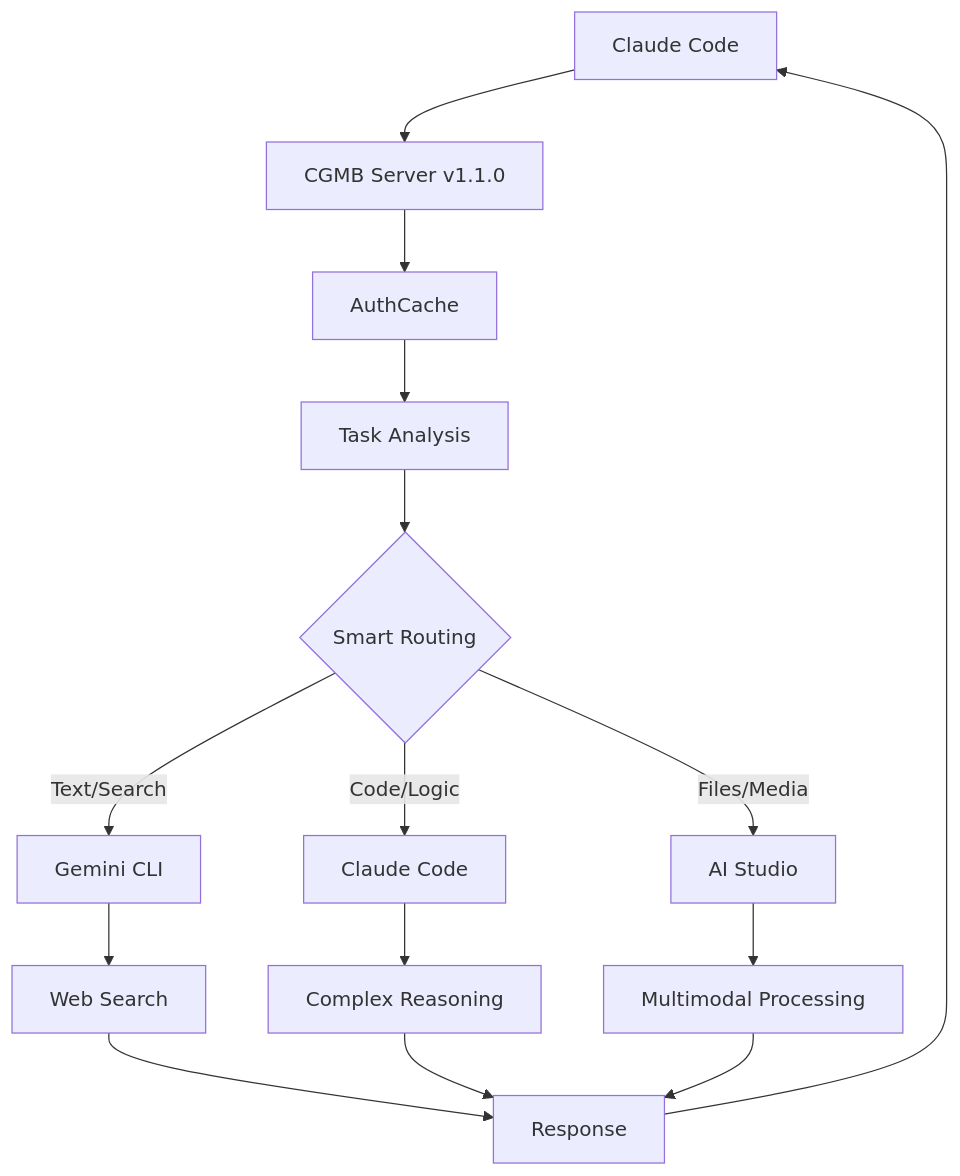
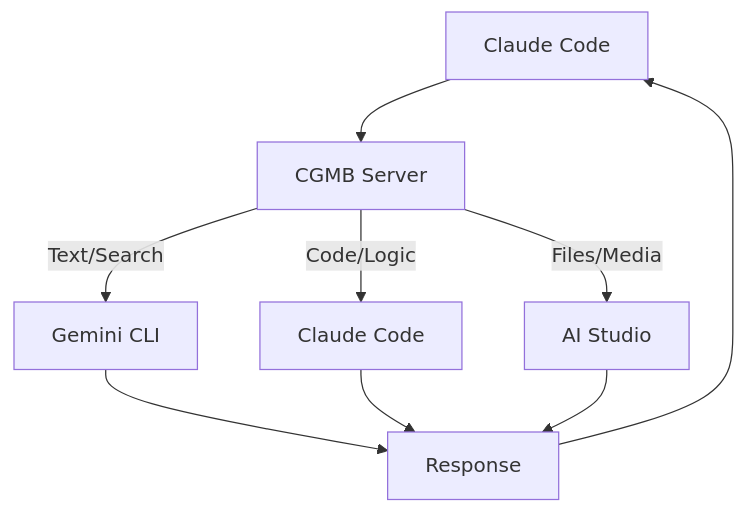
Before and after one commit to goodaymmm/claude-gemini-multimodal-bridge: the diagram in README.md, drawn with Mermaid.

Commit message:
✨ feat: Ultra-simplified architecture diagram
- Remove intermediate components (AuthCache, Task Analysis, Smart Routing)
- Direct, intuitive flow: Claude Code → CGMB → Layers → Response
- Clean 8-node diagram shows core functionality clearly
- Focus on what users care about: simple routing to the right AI

🤖 Generated with [Claude Code](https://claude.ai/code)

````diff
--- a/README.md
+++ b/README.md
@@ -36,23 +36,14 @@
 ```mermaid
 graph TD
-    A[Claude Code] --> B[CGMB Server v1.1.0]
+    A[Claude Code] --> B[CGMB Server]
     
-    B --> C[AuthCache]
-    C --> D[Task Analysis]
+    B -->|Text/Search| C[Gemini CLI]
+    B -->|Code/Logic| D[Claude Code] 
+    B -->|Files/Media| E[AI Studio]
     
-    D --> E{Smart Routing}
+    C --> F[Response]
+    D --> F
+    E --> F
     
-    E -->|Text/Search| F[Gemini CLI]
-    E -->|Code/Logic| G[Claude Code] 
-    E -->|Files/Media| H[AI Studio]
-    
-    F --> I[Web Search]
-    G --> J[Complex Reasoning]
-    H --> K[Multimodal Processing]
-    
-    I --> L[Response]
-    J --> L
-    K --> L
-    
-    L --> A
+    F --> A
 ```
````
